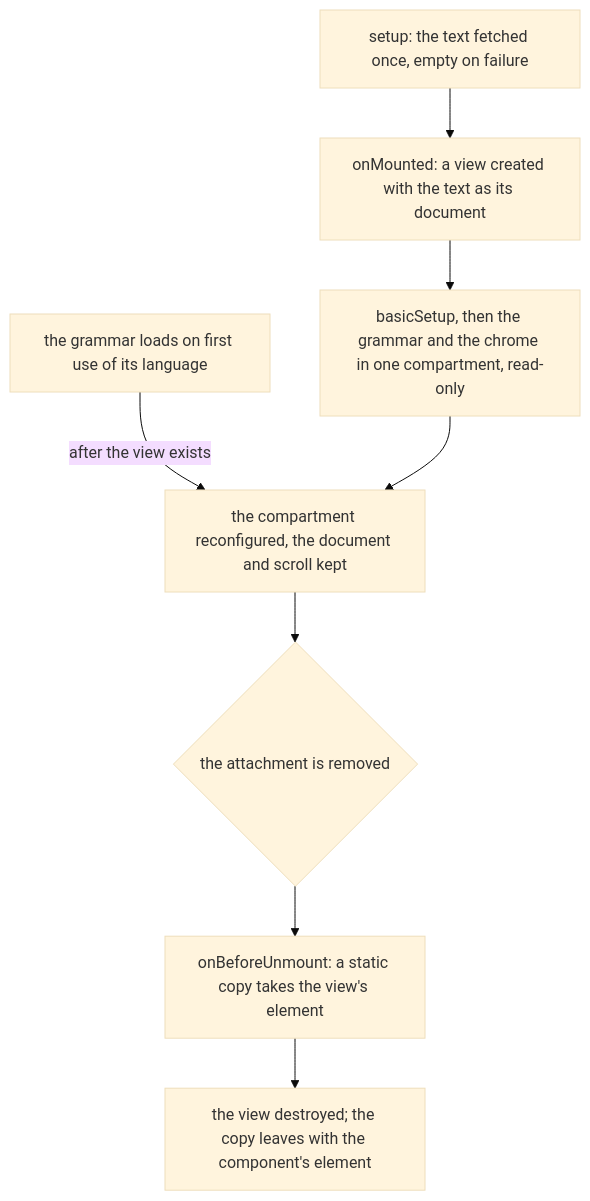
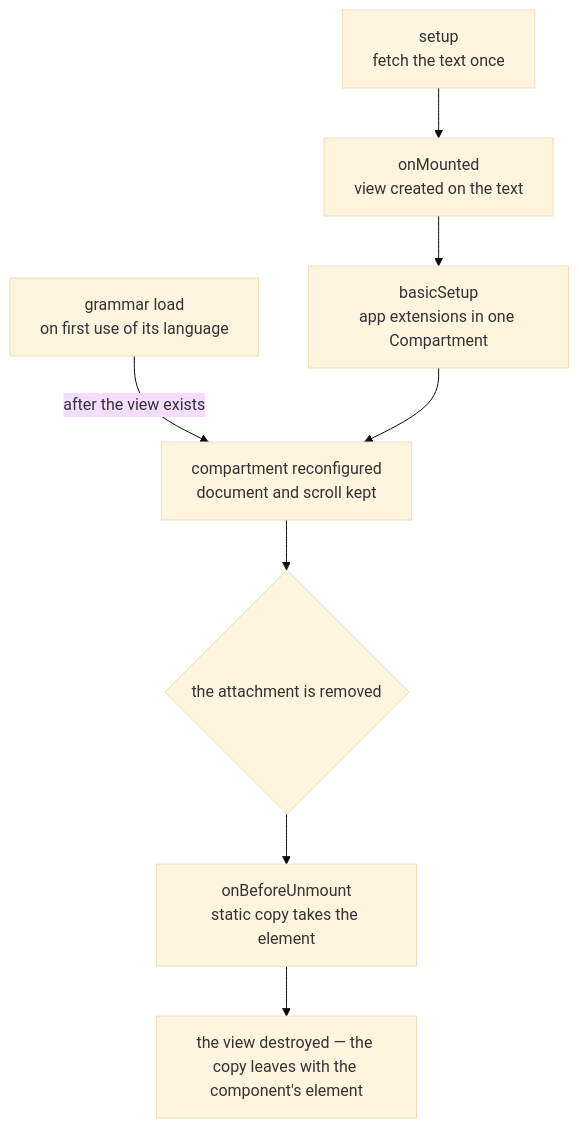
Before and after one commit to Esposter/Esposter: the diagram in openspec/specs/esbabbler/code-viewer/design.md, drawn with Mermaid (base theme). The commit also changed 7 other files, not shown here.

````diff
--- a/openspec/specs/esbabbler/code-viewer/design.md
+++ b/openspec/specs/esbabbler/code-viewer/design.md
@@ -7,10 +7,10 @@
 ```mermaid
 flowchart TD
-  F["setup: the text fetched once, empty on failure"] --> M["onMounted: a view created with the text as its document"]
-  M --> C["basicSetup, then the grammar and the chrome in one compartment, read-only"]
-  G["the grammar loads on first use of its language"] -->|"after the view exists"| R["the compartment reconfigured, the document and scroll kept"]
+  F["setup<br/>fetch the text once"] --> M["onMounted<br/>view created on the text"]
+  M --> C["basicSetup<br/>app extensions in one Compartment"]
+  G["grammar load<br/>on first use of its language"] -->|"after the view exists"| R["compartment reconfigured<br/>document and scroll kept"]
   C --> R
   R --> U{"the attachment is removed"}
-  U --> S["onBeforeUnmount: a static copy takes the view's element"]
-  S --> D["the view destroyed; the copy leaves with the component's element"]
+  U --> S["onBeforeUnmount<br/>static copy takes the element"]
+  S --> D["the view destroyed — the copy leaves with the component's element"]
 ```
````
